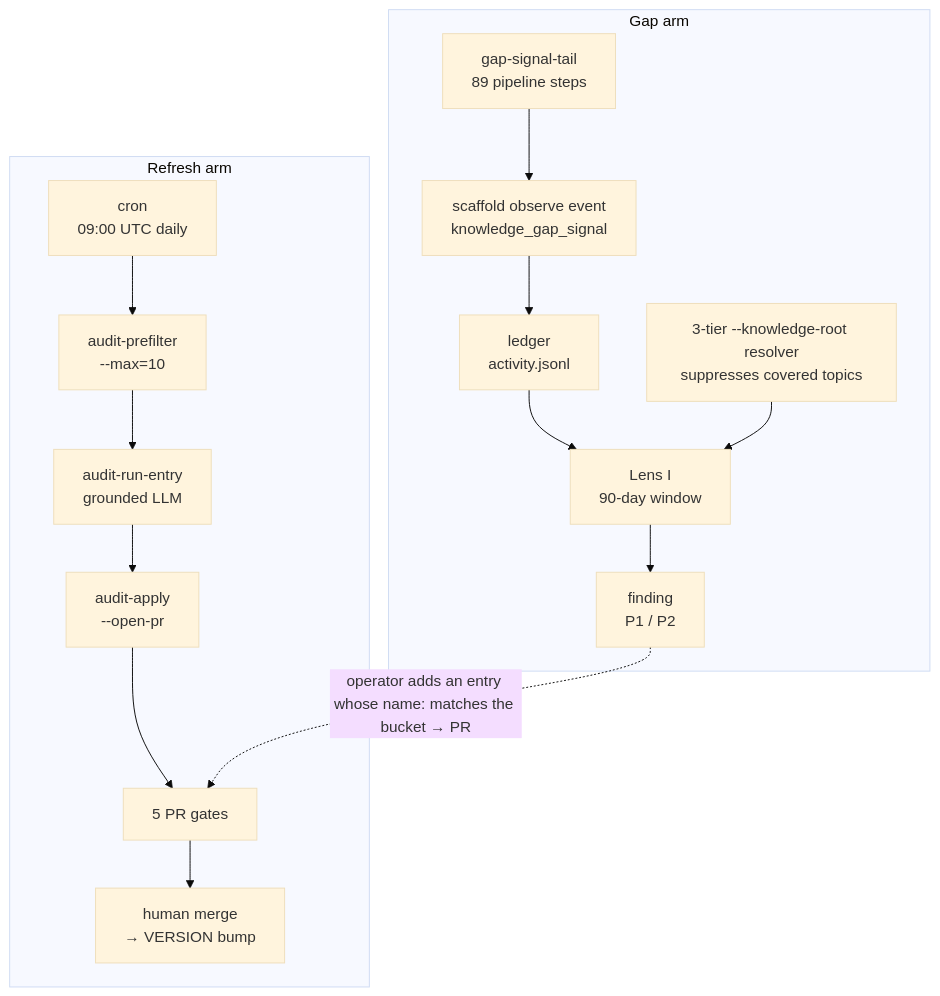
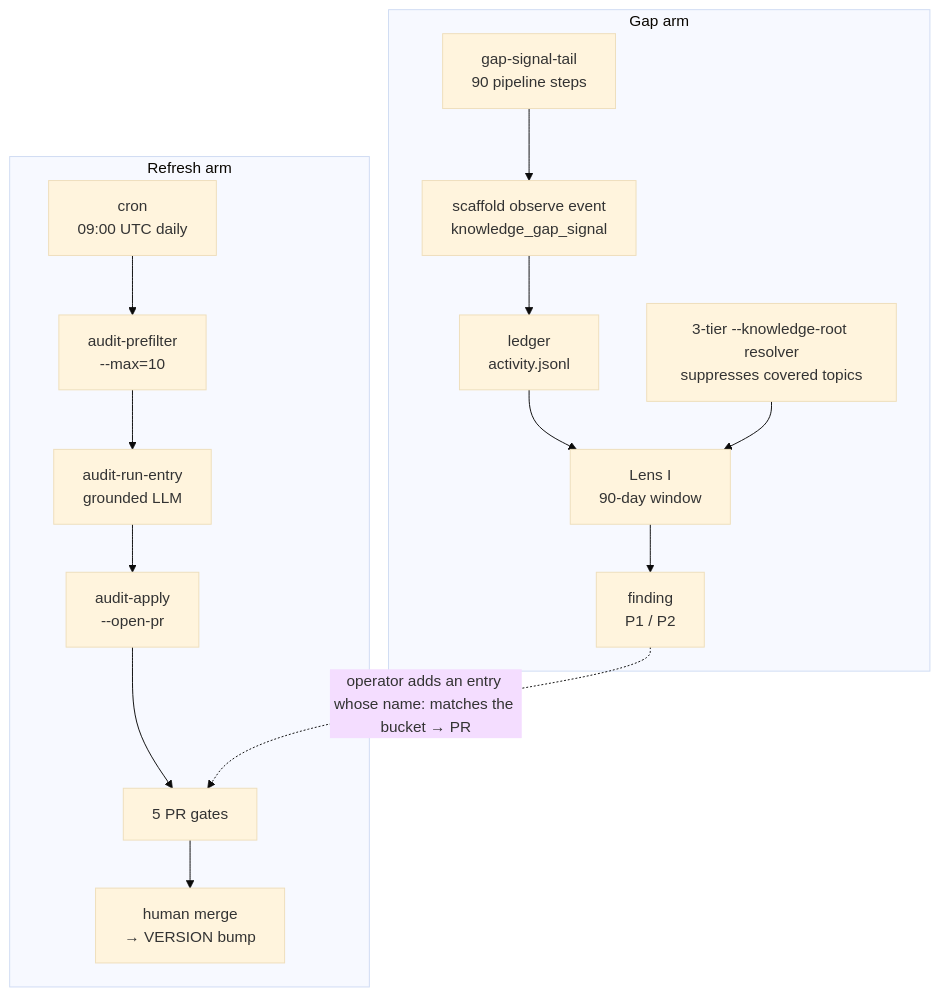
Before and after one commit to zigrivers/scaffold: the diagram in content/guides/knowledge-freshness/index.md, drawn with Mermaid (base theme). The commit also changed other lines of this file and 29 other files, not shown here.

````diff
--- a/content/guides/knowledge-freshness/index.md
+++ b/content/guides/knowledge-freshness/index.md
@@ -62,29 +62,29 @@
 ```mermaid
 flowchart TB
   subgraph refresh[Refresh arm]
     CRON["cron
 09:00 UTC daily"] --> PF["audit-prefilter
 --max=10"]
     PF --> RUN["audit-run-entry
 grounded LLM"]
     RUN --> APPLY["audit-apply
 --open-pr"]
     APPLY --> GATES["5 PR gates"]
     GATES --> MERGE["human merge
 → VERSION bump"]
   end
   subgraph gap[Gap arm]
     TAIL["gap-signal-tail
-89 pipeline steps"] --> EVENT["scaffold observe event
+90 pipeline steps"] --> EVENT["scaffold observe event
 knowledge_gap_signal"]
     EVENT --> LEDGER["ledger
 activity.jsonl"]
     LEDGER --> LENSI["Lens I
 90-day window"]
     LENSI --> FINDING["finding
 P1 / P2"]
     RESOLVER["3-tier --knowledge-root resolver
 suppresses covered topics"] --> LENSI
   end
   FINDING -.->|operator adds an entry whose name: matches the bucket → PR| GATES
 ```
````
